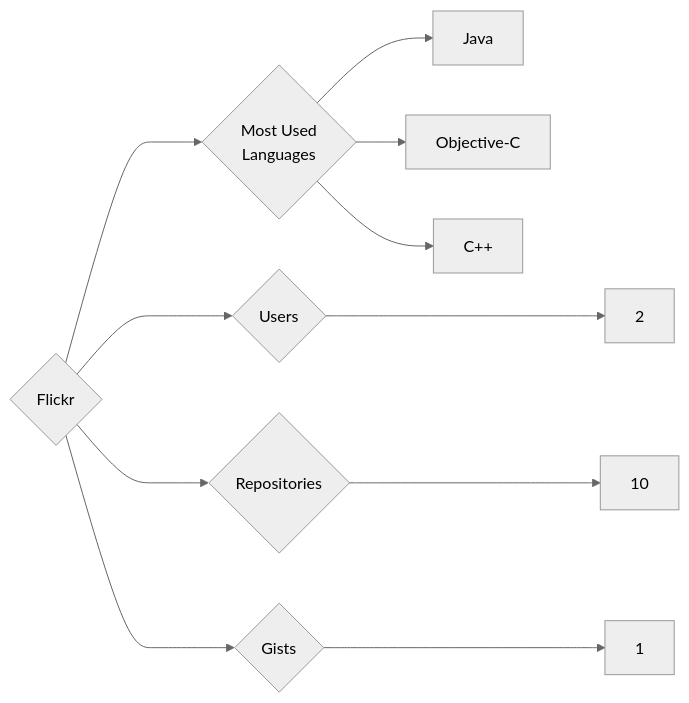
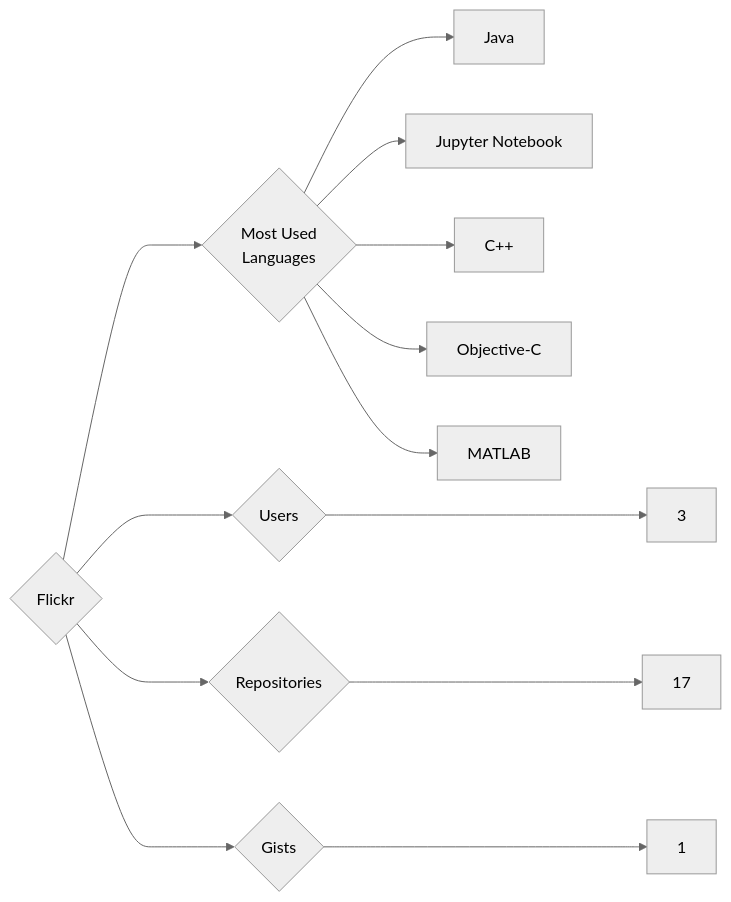
Before and after one commit to trickest/insiders: the diagram in targets/Flickr/README.md, drawn with Mermaid (neutral theme). The commit also changed 857 other files, not shown here.

````diff
--- a/targets/Flickr/README.md
+++ b/targets/Flickr/README.md
@@ -3,11 +3,13 @@
 ```mermaid
 graph LR
 COMPANY_NAME{Flickr}
-COMPANY_NAME ---> U{Users} ---> UN[2]
-COMPANY_NAME ---> R{Repositories} ---> RN[10]
+COMPANY_NAME ---> U{Users} ---> UN[3]
+COMPANY_NAME ---> R{Repositories} ---> RN[17]
 COMPANY_NAME ---> G{Gists} ---> GN[1]
 COMPANY_NAME ---> ML{Most Used<br>Languages}
 ML --> Java[Java]
+ML --> Jupyter_Notebook[Jupyter Notebook]
+ML --> C++[C++]
 ML --> Objective-C[Objective-C]
-ML --> C++[C++]
+ML --> MATLAB[MATLAB]
 ```
````
